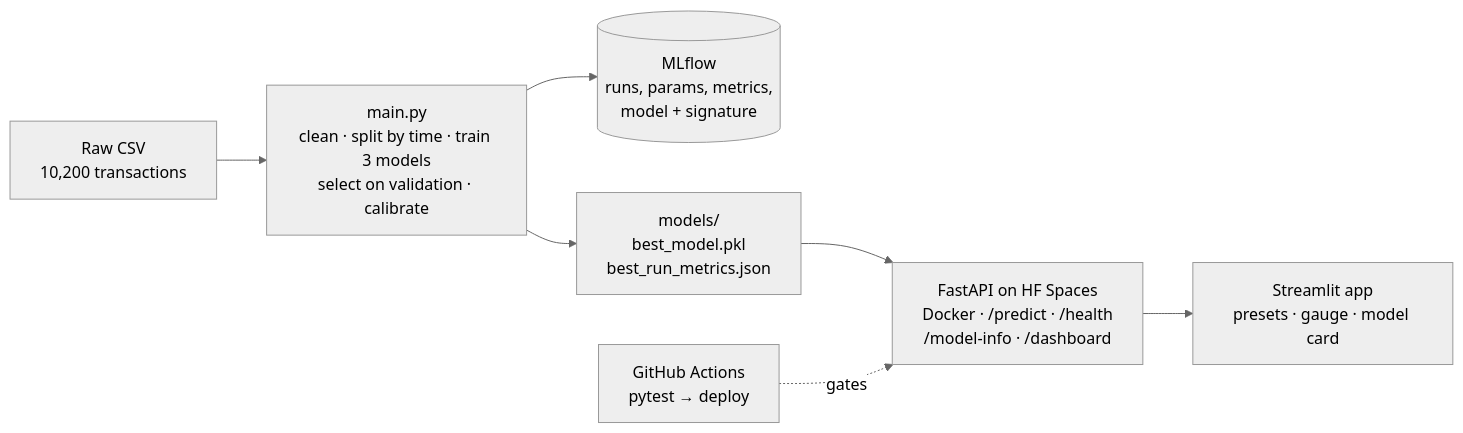
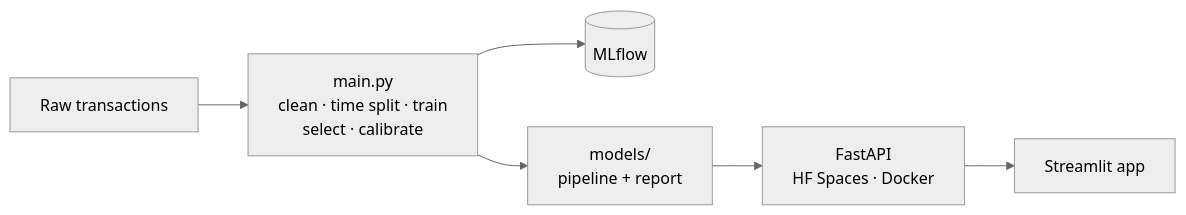
One commit to Jaywestty/Fraud-detection-ML changed the diagram in README.md. Above: the diagram before and after it, drawn with Mermaid (neutral theme). The commit also changed other lines of this file, not shown here.

````diff
--- a/README.md
+++ b/README.md
@@ -90,9 +54,8 @@
 ```mermaid
 flowchart LR
-    A[Raw CSV<br/>10,200 transactions] --> B[main.py<br/>clean · split by time · train 3 models<br/>select on validation · calibrate]
-    B --> C[(MLflow<br/>runs, params, metrics,<br/>model + signature)]
-    B --> D[models/<br/>best_model.pkl<br/>best_run_metrics.json]
-    D --> E[FastAPI on HF Spaces<br/>Docker · /predict · /health<br/>/model-info · /dashboard]
-    E --> F[Streamlit app<br/>presets · gauge · model card]
-    G[GitHub Actions<br/>pytest → deploy] -.gates.-> E
+    A[Raw transactions] --> B[main.py<br/>clean · time split · train<br/>select · calibrate]
+    B --> C[(MLflow)]
+    B --> D[models/<br/>pipeline + report]
+    D --> E[FastAPI<br/>HF Spaces · Docker]
+    E --> F[Streamlit app]
 ```
````
